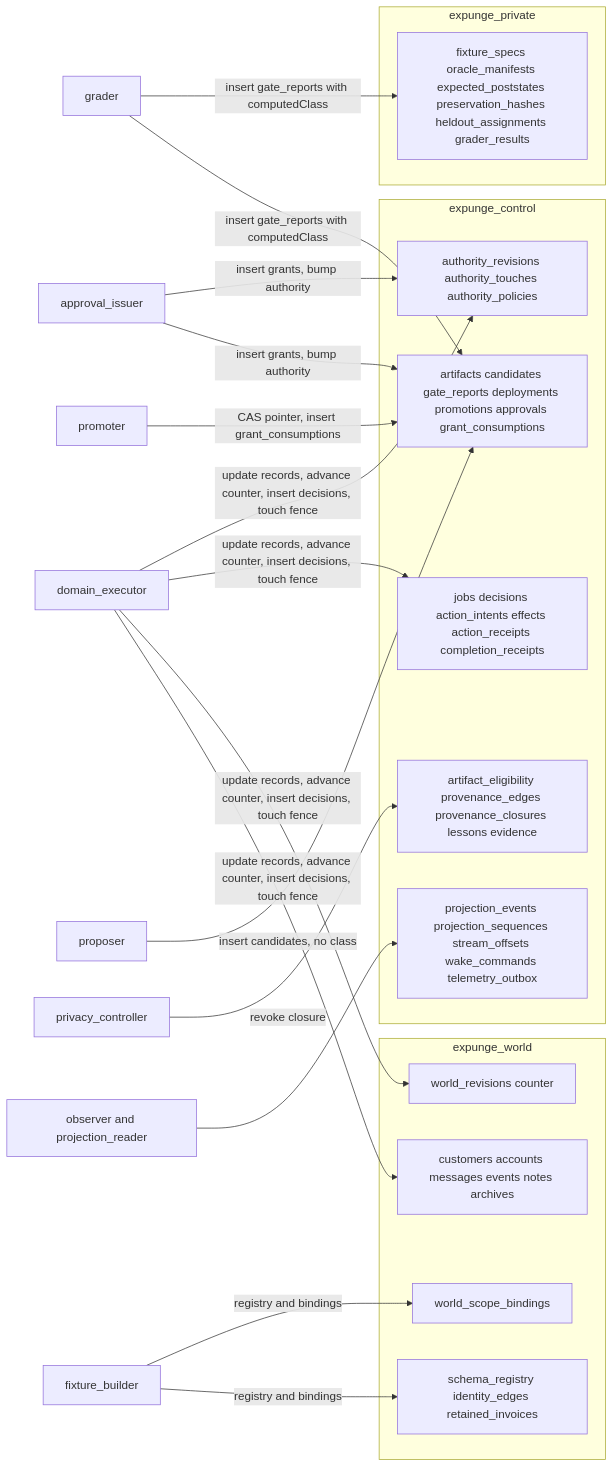
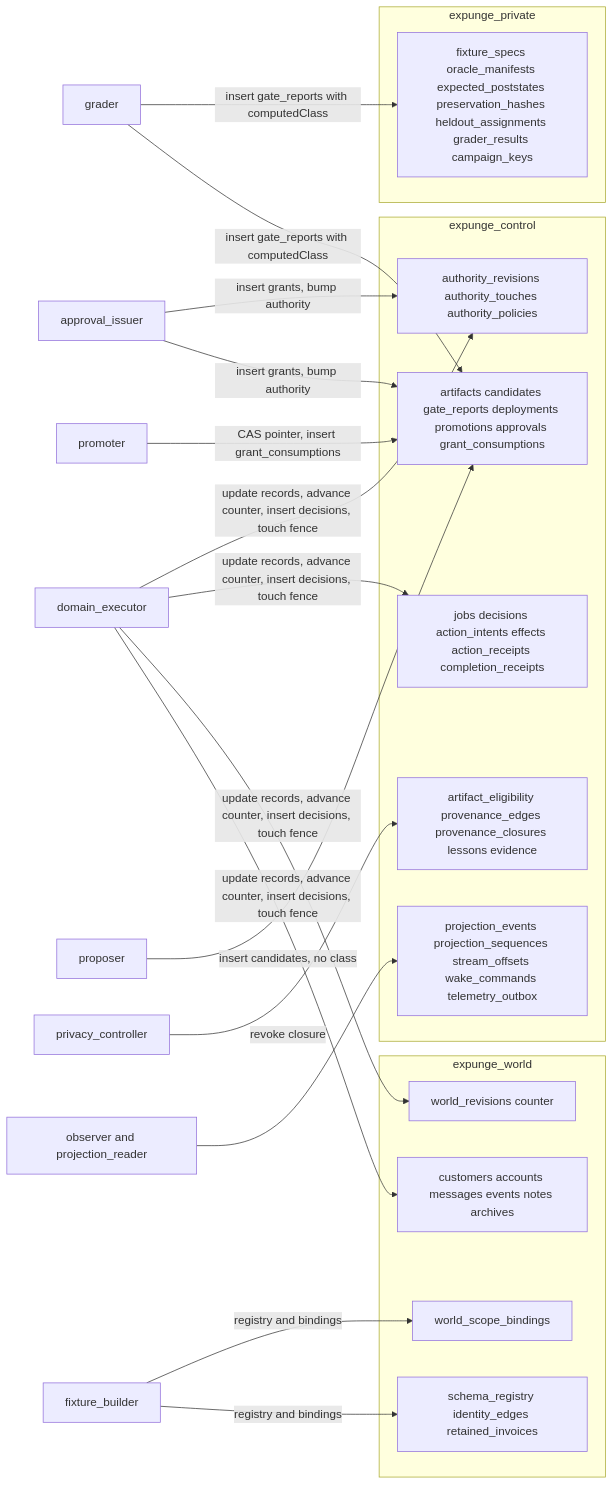
Before and after one commit to nihalnihalani/expunge: the diagram in docs/MONGO.md, drawn with Mermaid. The commit also changed other lines of this file and 5 other files, not shown here.

Commit message:
mongo: completeIncomplete for honest incomplete receipts; campaign_keys private collection with strict validator

````diff
--- a/docs/MONGO.md
+++ b/docs/MONGO.md
@@ -8,27 +8,27 @@
 ```mermaid
 flowchart LR
   subgraph W[expunge_world]
     D[customers accounts messages events notes archives]
     R[schema_registry identity_edges retained_invoices]
     WR[world_revisions counter]
     WB[world_scope_bindings]
   end
   subgraph C[expunge_control]
     J[jobs decisions action_intents effects action_receipts completion_receipts]
     A[authority_revisions authority_touches authority_policies]
     P[artifacts candidates gate_reports deployments promotions approvals grant_consumptions]
     V[artifact_eligibility provenance_edges provenance_closures lessons evidence]
     E[projection_events projection_sequences stream_offsets wake_commands telemetry_outbox]
   end
   subgraph X[expunge_private]
-    S[fixture_specs oracle_manifests expected_poststates preservation_hashes heldout_assignments grader_results]
+    S[fixture_specs oracle_manifests expected_poststates preservation_hashes heldout_assignments grader_results campaign_keys]
   end
   EX[domain_executor] -->|update records, advance counter, insert decisions, touch fence| D & WR & J & A
   FB[fixture_builder] -->|registry and bindings| R & WB
   PR[proposer] -->|insert candidates, no class| P
   GR[grader] -->|insert gate_reports with computedClass| P & S
   AI[approval_issuer] -->|insert grants, bump authority| P & A
   PM[promoter] -->|CAS pointer, insert grant_consumptions| P
   PC[privacy_controller] -->|revoke closure| V
   OB[observer and projection_reader] --> E
 ```
````
